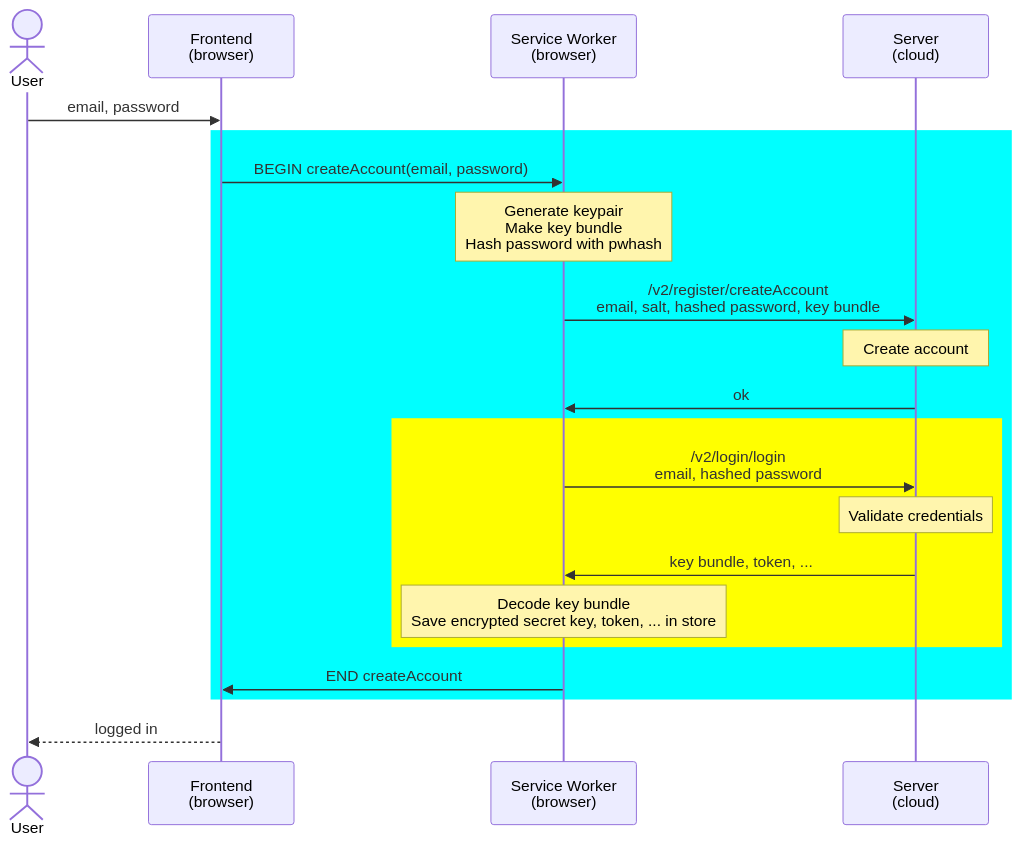
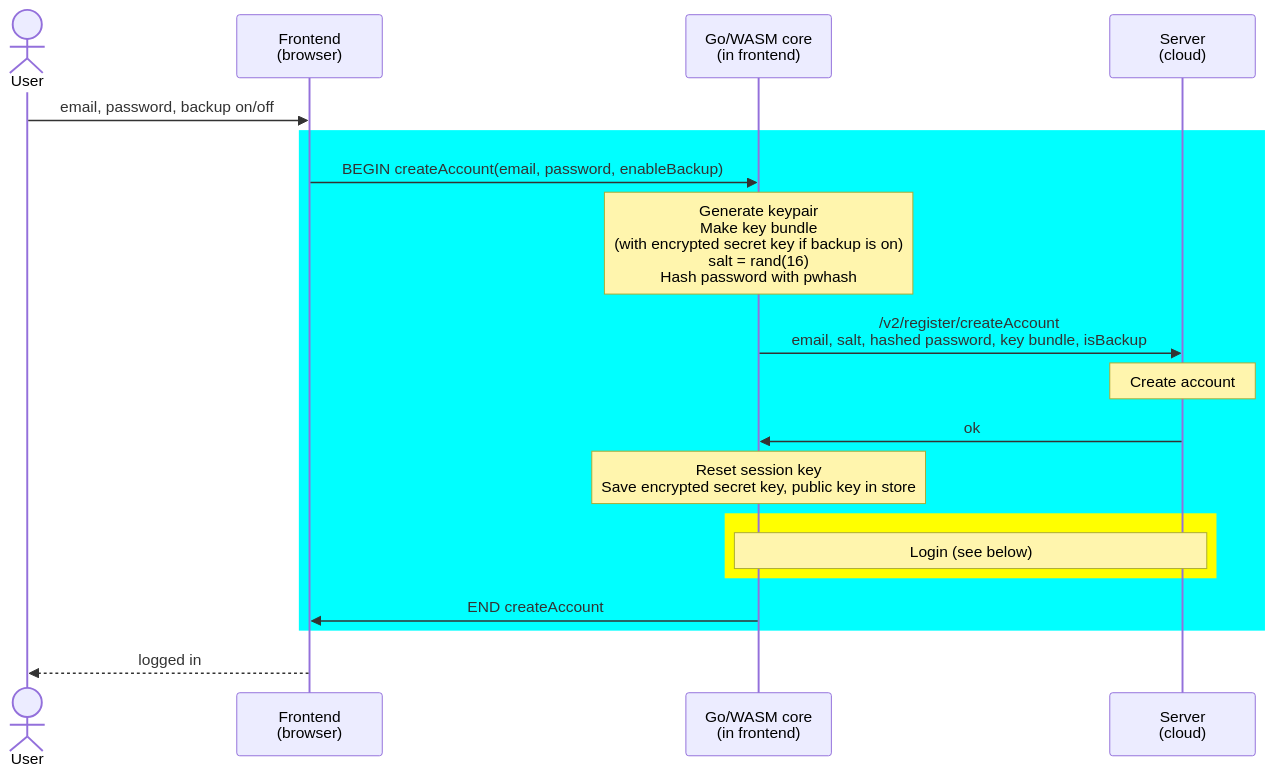
One commit to c2FmZQ/photos changed the fifth of 10 diagrams in docs/PWA.md. Above: the diagram before and after it, drawn with Mermaid. The commit also changed other lines of this file, not shown here.

First line of the commit message:
Update PWA.md account lifecycle and media diagrams for the Go/WASM core

````diff
--- a/docs/PWA.md
+++ b/docs/PWA.md
@@ -168,24 +170,22 @@
 ```mermaid
 sequenceDiagram
   actor A as User
   participant FE as Frontend<br>(browser)
-  participant SW as Service Worker<br>(browser)
+  participant W as Go/WASM core<br>(in frontend)
   participant BE as Server<br>(cloud)
 
-  A->>FE: email, password
+  A->>FE: email, password, backup on/off
   rect cyan
-  FE->>SW: BEGIN createAccount(email, password)
-  Note over SW: Generate keypair<br>Make key bundle<br>Hash password with pwhash
-  SW->>BE: /v2/register/createAccount<br>email, salt, hashed password, key bundle
+  FE->>W: BEGIN createAccount(email, password, enableBackup)
+  Note over W: Generate keypair<br>Make key bundle<br>(with encrypted secret key if backup is on)<br>salt = rand(16)<br>Hash password with pwhash
+  W->>BE: /v2/register/createAccount<br>email, salt, hashed password, key bundle, isBackup
   Note over BE: Create account
-  BE->>SW: ok
+  BE->>W: ok
+  Note over W: Reset session key<br>Save encrypted secret key, public key in store
   rect yellow
-    SW->>BE: /v2/login/login<br>email, hashed password
-    Note over BE: Validate credentials
-    BE->>SW: key bundle, token, ...
-    Note over SW: Decode key bundle<br>Save encrypted secret key, token, ... in store
+    Note over W,BE: Login (see below)
   end
-  SW->>FE: END createAccount
+  W->>FE: END createAccount
   end
   FE-->>A: logged in
 ```
````
